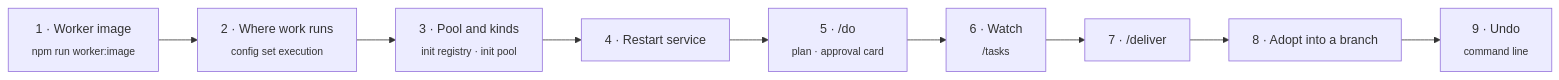
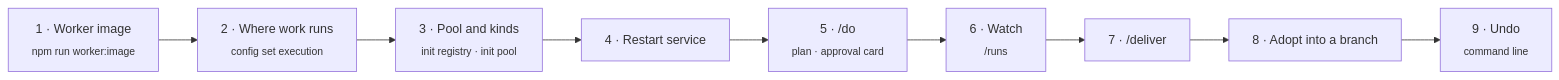
One commit to Verhex/deckent-next changed the third of 6 diagrams in README.md. Above: the diagram before and after it, drawn with Mermaid. The commit also changed other lines of this file and 65 other files, not shown here.

````diff
--- a/README.md
+++ b/README.md
@@ -169,11 +169,11 @@
 ```mermaid
 flowchart LR
   W["1 · Worker image<br/><sub>npm run worker:image</sub>"] --> E["2 · Where work runs<br/><sub>config set execution</sub>"]
   E --> A["3 · Pool and kinds<br/><sub>init registry · init pool</sub>"]
   A --> R["4 · Restart service"]
   R --> D["5 · /do<br/><sub>plan · approval card</sub>"]
-  D --> T["6 · Watch<br/><sub>/tasks</sub>"]
+  D --> T["6 · Watch<br/><sub>/runs</sub>"]
   T --> L["7 · /deliver"]
   L --> B["8 · Adopt into a branch"]
   B --> U["9 · Undo<br/><sub>command line</sub>"]
 ```
````
